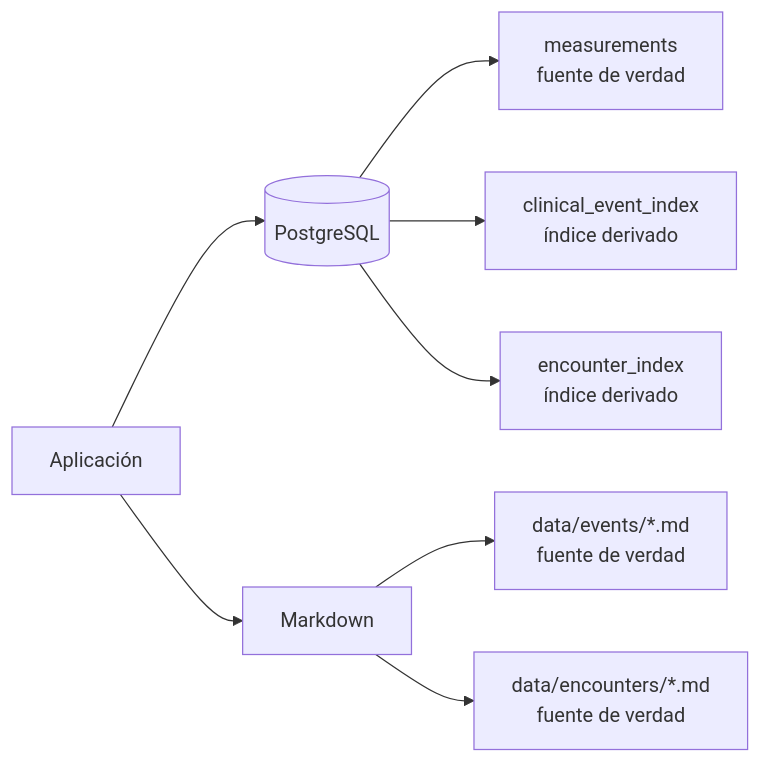
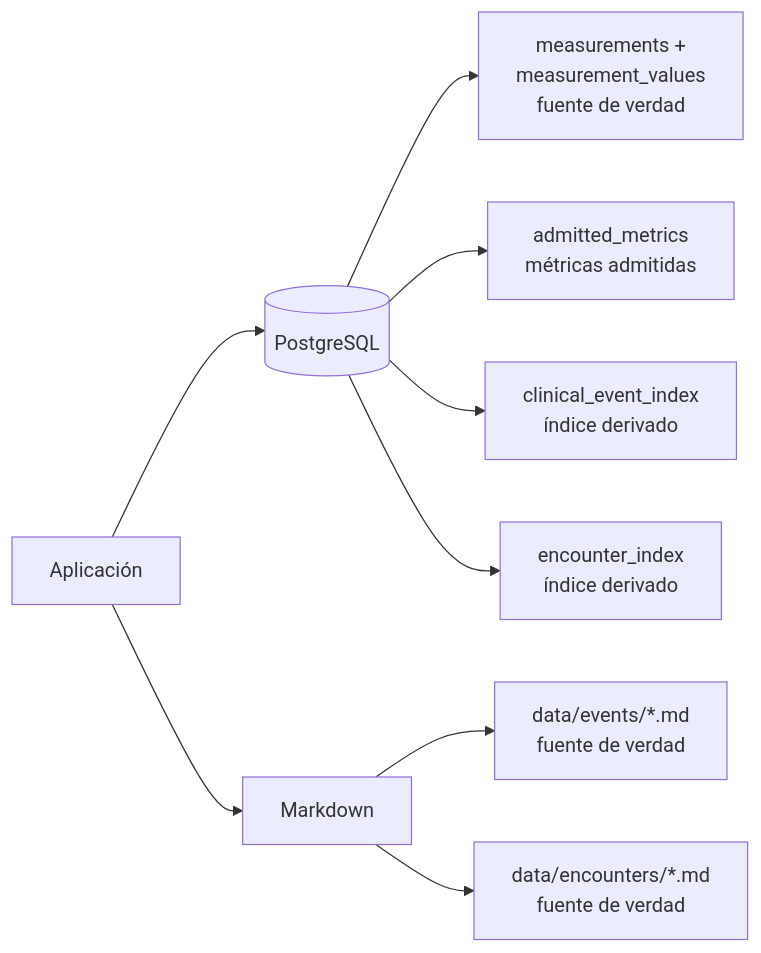
Before and after one commit to devmauriciopineda/careme: the first of 4 diagrams in docs/concepts/04-datos-relacionales-y-fuentes-derivadas.md, drawn with Mermaid. The commit also changed other lines of this file and 117 other files, not shown here.

````diff
--- a/docs/concepts/04-datos-relacionales-y-fuentes-derivadas.md
+++ b/docs/concepts/04-datos-relacionales-y-fuentes-derivadas.md
@@ -50,10 +50,11 @@
 ```mermaid
 flowchart LR
     App["Aplicación"] --> Rel[("PostgreSQL")]
     App --> Files["Markdown"]
-    Rel --> Measurements["measurements<br/>fuente de verdad"]
+    Rel --> Measurements["measurements +<br/>measurement_values<br/>fuente de verdad"]
+    Rel --> Admitted["admitted_metrics<br/>métricas admitidas"]
     Rel --> Index["clinical_event_index<br/>índice derivado"]
     Rel --> EncIndex["encounter_index<br/>índice derivado"]
     Files --> Events["data/events/*.md<br/>fuente de verdad"]
     Files --> Encounters["data/encounters/*.md<br/>fuente de verdad"]
 ```
````
